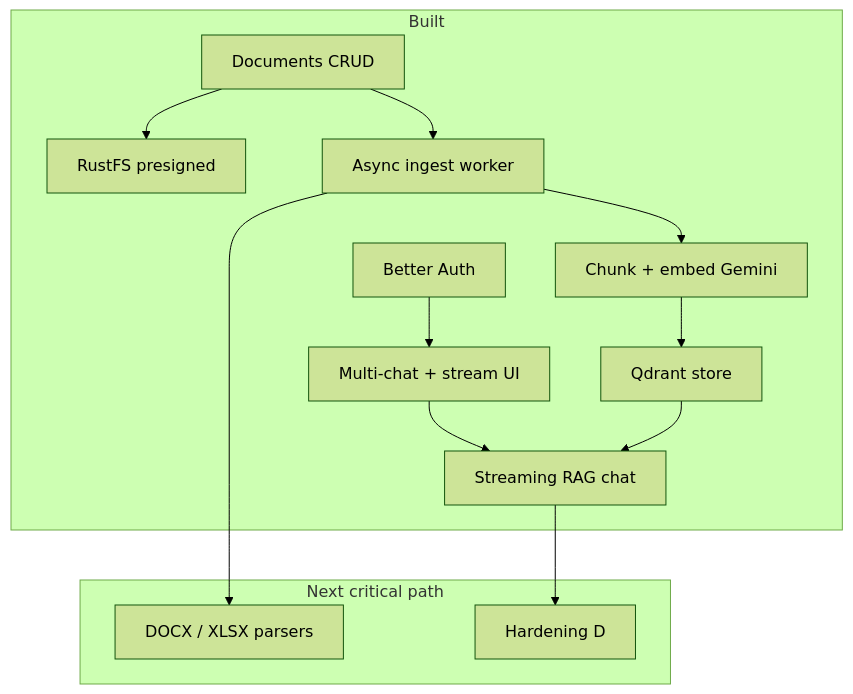
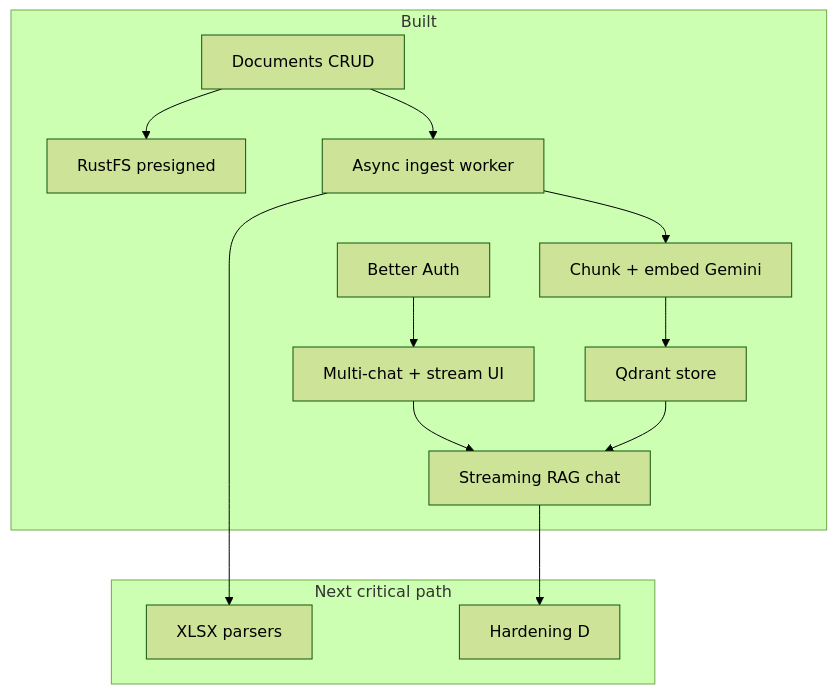
Before and after one commit to aniketicloud/documind-docs: the diagram in content/docs/development/roadmap.mdx, drawn with Mermaid (forest theme). The commit also changed other lines of this file and 9 other files, not shown here.

Commit message:
chore: update DOCX handling and clarify XLSX status across documentation

````diff
--- a/content/docs/development/roadmap.mdx
+++ b/content/docs/development/roadmap.mdx
@@ -25,27 +25,27 @@
 ```mermaid
 flowchart TB
   subgraph done [Built]
     Auth[Better Auth]
     ChatUI[Multi-chat + stream UI]
     Docs[Documents CRUD]
     S3[RustFS presigned]
     Ingest[Async ingest worker]
     Chunk[Chunk + embed Gemini]
     Qdrant[Qdrant store]
     LLM[Streaming RAG chat]
   end
 
   subgraph next [Next critical path]
-    DOCX[DOCX / XLSX parsers]
+    XLSX[XLSX parsers]
     Prod[Hardening D]
   end
 
   Auth --> ChatUI
   Docs --> S3
   Docs --> Ingest
   Ingest --> Chunk --> Qdrant
   ChatUI --> LLM
   Qdrant --> LLM
   LLM --> Prod
-  Ingest --> DOCX
+  Ingest --> XLSX
 ```
````
